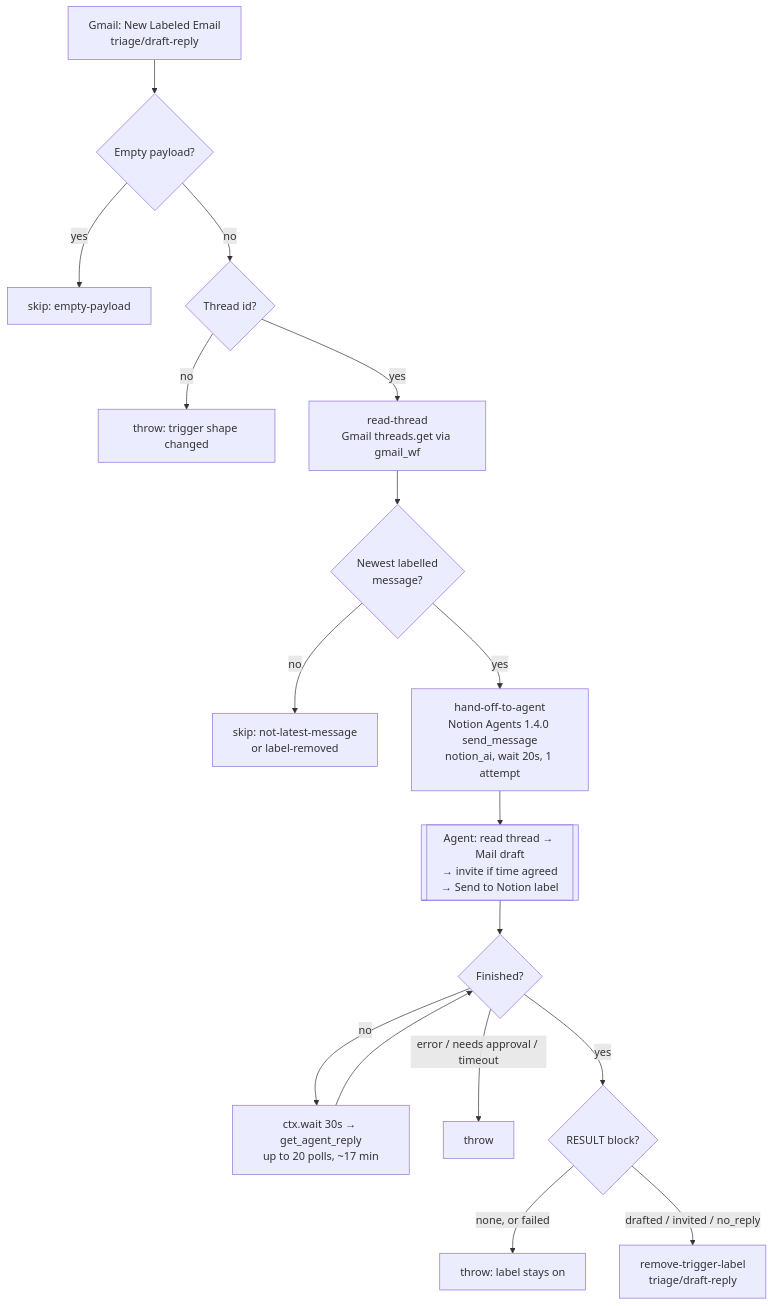
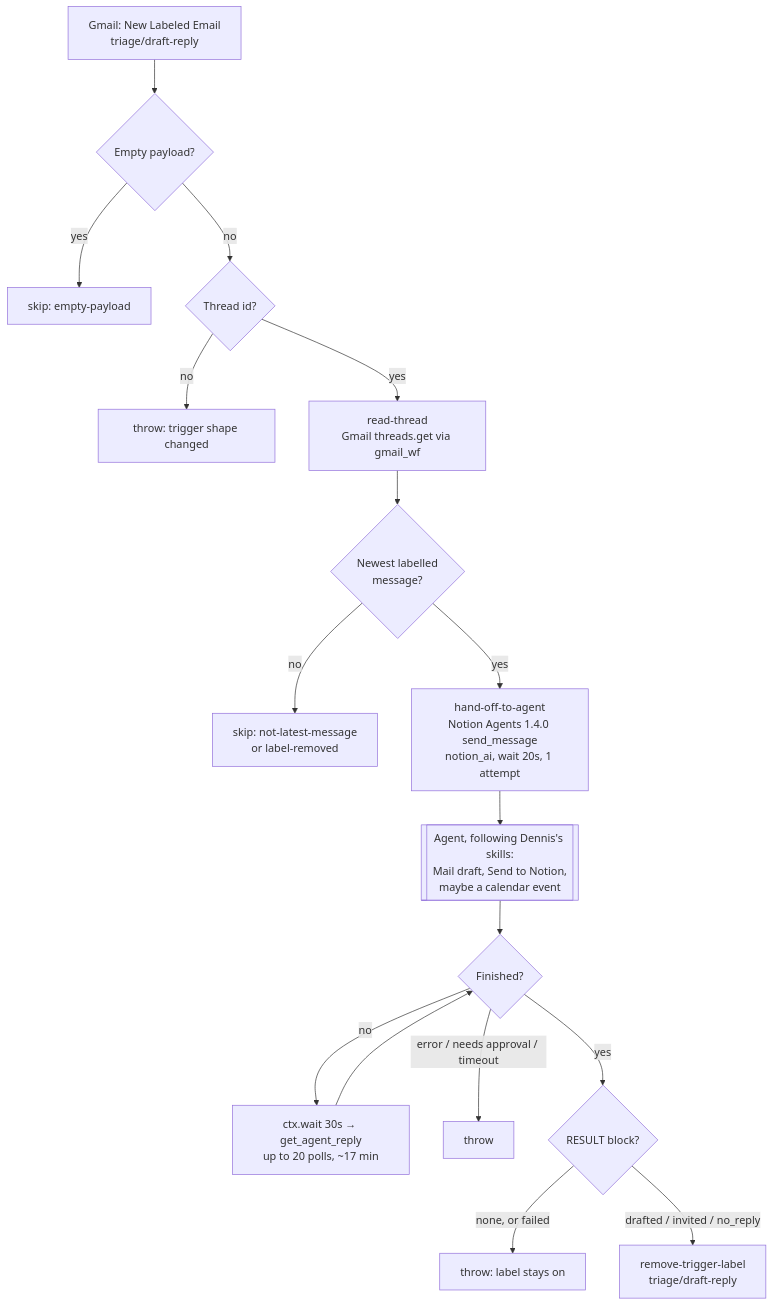
One commit to work-flowers/zapier-sdk changed the diagram in gmail-label-to-agent-email-draft/README.md. Above: the diagram before and after it, drawn with Mermaid. The commit also changed other lines of this file and 3 other files, not shown here.

First line of the commit message:
gmail-label-to-agent-email-draft: leave drafting and scheduling to Dennis's skills

````diff
--- a/gmail-label-to-agent-email-draft/README.md
+++ b/gmail-label-to-agent-email-draft/README.md
@@ -9,19 +9,19 @@
 ```mermaid
 flowchart TD
   A[Gmail: New Labeled Email<br/>triage/draft-reply] --> B{Empty payload?}
   B -- yes --> Z[skip: empty-payload]
   B -- no --> C{Thread id?}
   C -- no --> X[throw: trigger shape changed]
   C -- yes --> T[read-thread<br/>Gmail threads.get via gmail_wf]
   T --> N{Newest labelled<br/>message?}
   N -- no --> Z2[skip: not-latest-message<br/>or label-removed]
   N -- yes --> D[hand-off-to-agent<br/>Notion Agents 1.4.0 send_message<br/>notion_ai, wait 20s, 1 attempt]
-  D --> AG[[Agent: read thread → Mail draft<br/>→ invite if time agreed<br/>→ Send to Notion label]]
+  D --> AG[[Agent, following Dennis's skills:<br/>Mail draft, Send to Notion,<br/>maybe a calendar event]]
   AG --> E{Finished?}
   E -- no --> W[ctx.wait 30s → get_agent_reply<br/>up to 20 polls, ~17 min]
   W --> E
   E -- error / needs approval / timeout --> X2[throw]
   E -- yes --> P{RESULT block?}
   P -- none, or failed --> X3[throw: label stays on]
   P -- drafted / invited / no_reply --> R[remove-trigger-label<br/>triage/draft-reply]
 ```
````
